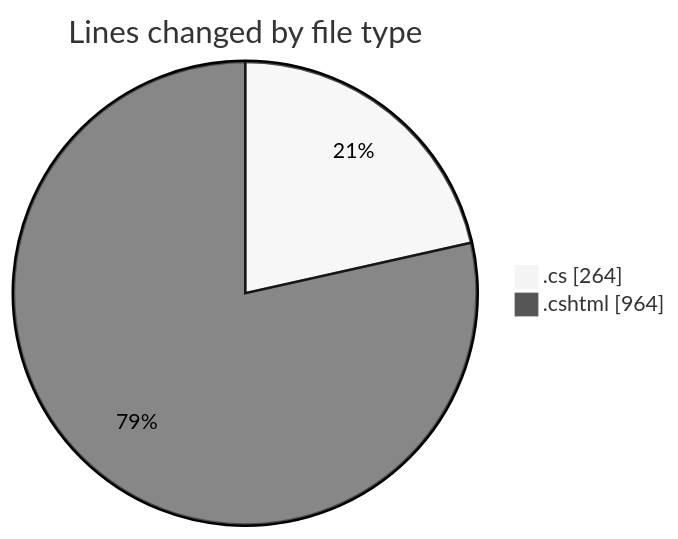
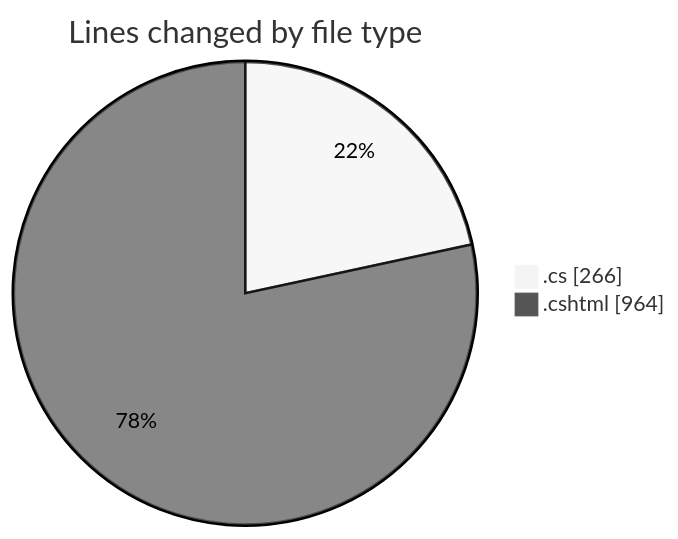
Before and after one commit to lephambinh05/code-tracking: the first of 2 diagrams in 2025-07-16/nhahang/README.md, drawn with Mermaid (neutral theme). The commit also changed other lines of this file and 1 other file, not shown here.

````diff
--- a/2025-07-16/nhahang/README.md
+++ b/2025-07-16/nhahang/README.md
@@ -46,6 +46,6 @@
 ```mermaid
 pie showData
 title Lines changed by file type
-".cs" : 264
+".cs" : 266
 ".cshtml" : 964
 ```
````
